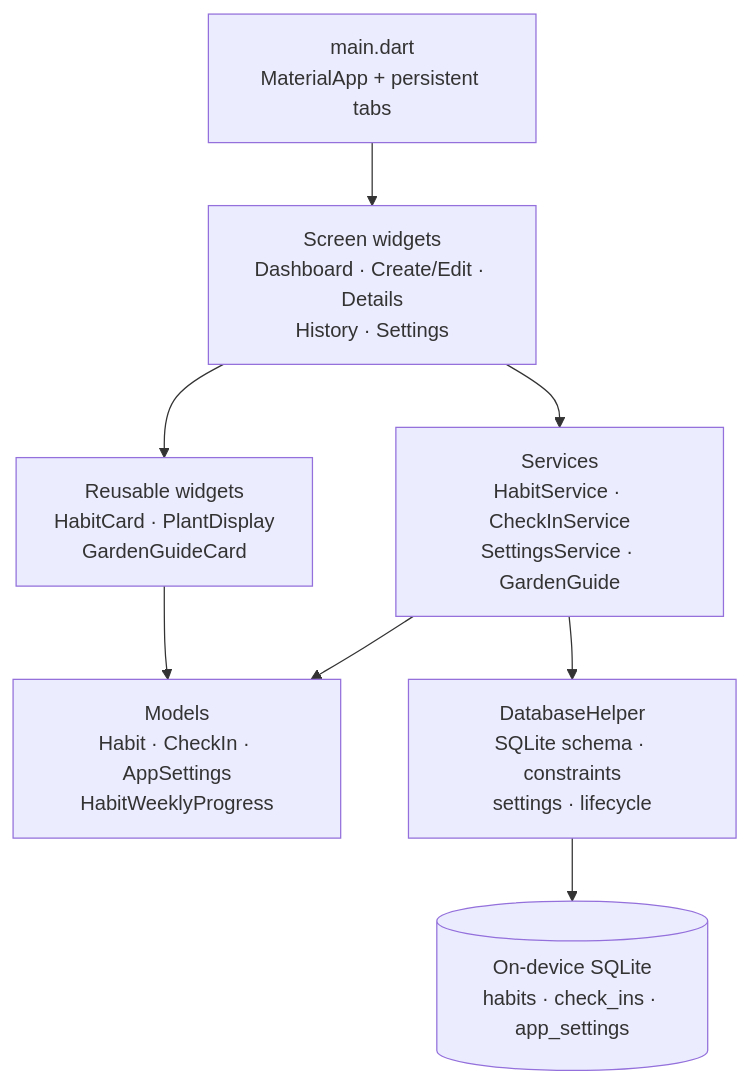
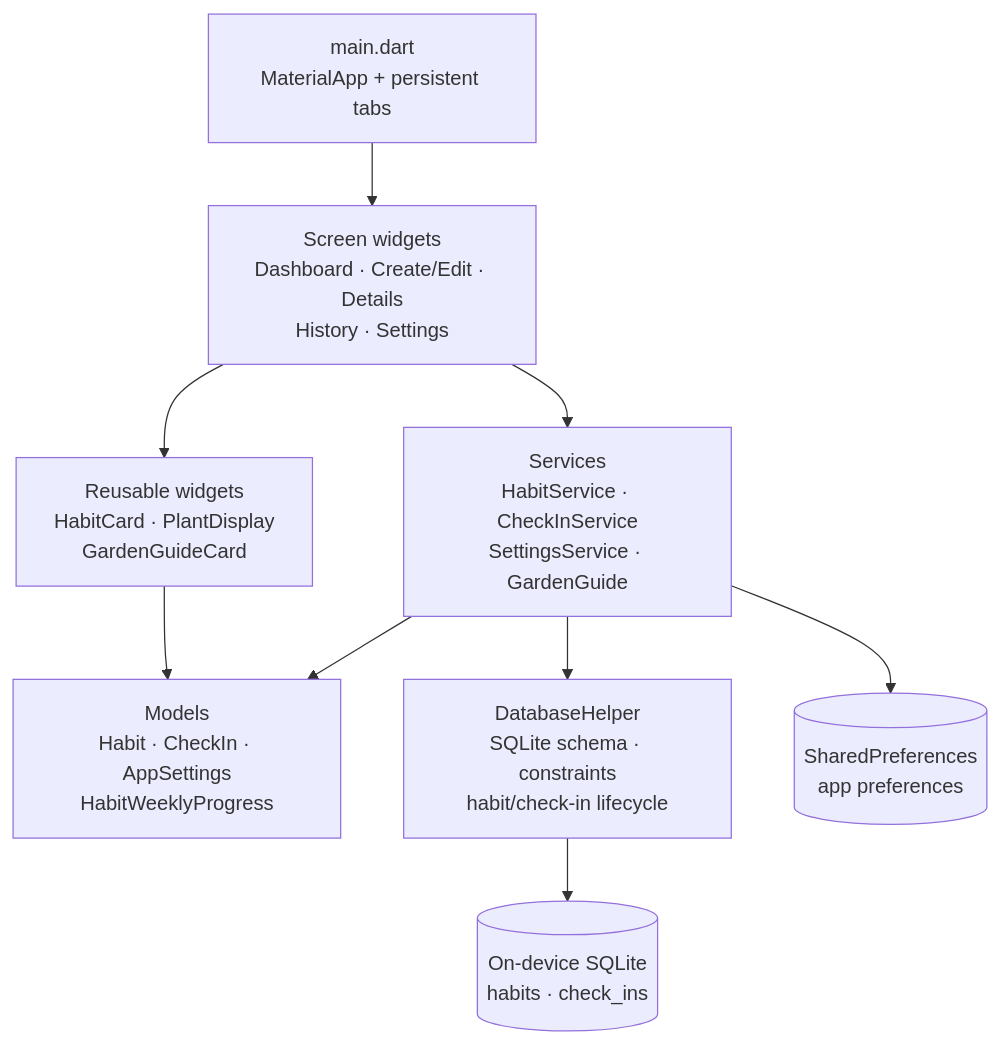
Before and after one commit to arahman-25/P1_habit_mastery_app: the first of 2 diagrams in ARCHITECTURE.md, drawn with Mermaid. The commit also changed other lines of this file and 20 other files, not shown here.

Commit message:
Use SharedPreferences for app settings

````diff
--- a/ARCHITECTURE.md
+++ b/ARCHITECTURE.md
@@ -11,18 +11,20 @@
 ```mermaid
 flowchart TD
   main[main.dart<br/>MaterialApp + persistent tabs]
   screens[Screen widgets<br/>Dashboard · Create/Edit · Details<br/>History · Settings]
   widgets[Reusable widgets<br/>HabitCard · PlantDisplay<br/>GardenGuideCard]
   services[Services<br/>HabitService · CheckInService<br/>SettingsService · GardenGuide]
   models[Models<br/>Habit · CheckIn · AppSettings<br/>HabitWeeklyProgress]
-  db[DatabaseHelper<br/>SQLite schema · constraints<br/>settings · lifecycle]
-  sqlite[(On-device SQLite<br/>habits · check_ins · app_settings)]
+  db[DatabaseHelper<br/>SQLite schema · constraints<br/>habit/check-in lifecycle]
+  sqlite[(On-device SQLite<br/>habits · check_ins)]
+  prefs[(SharedPreferences<br/>app preferences)]
 
   main --> screens
   screens --> widgets
   screens --> services
   widgets --> models
   services --> models
   services --> db
+  services --> prefs
   db --> sqlite
 ```
````
